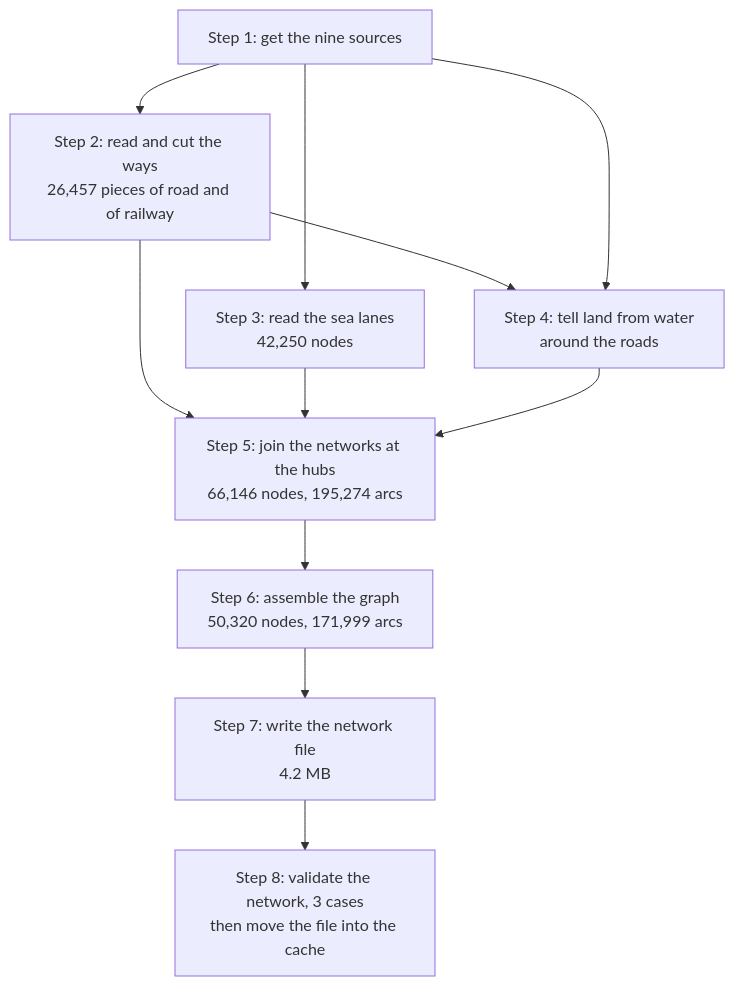
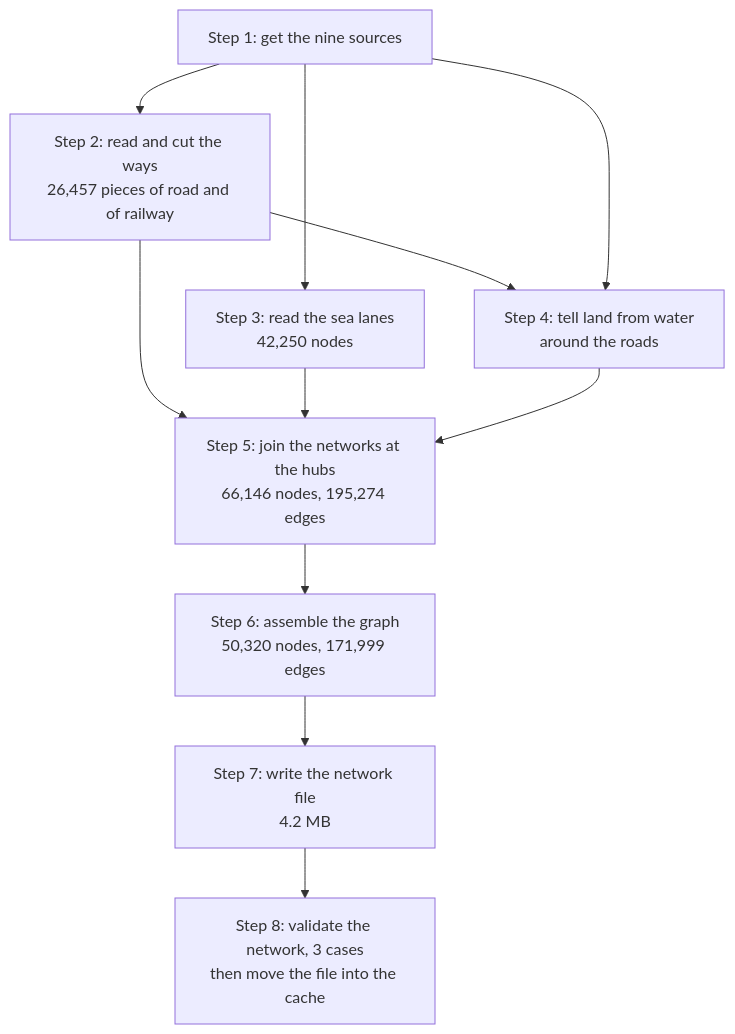
One commit to connor-makowski/scgraph changed the second of 4 diagrams in scgraph/pipelines/README.md. Above: the diagram before and after it, drawn with Mermaid. The commit also changed other lines of this file and 66 other files, not shown here.

````diff
--- a/scgraph/pipelines/README.md
+++ b/scgraph/pipelines/README.md
@@ -138,14 +138,14 @@
 ```mermaid
 flowchart TD
     A["Step 1: get the nine sources"]
     A --> B["Step 2: read and cut the ways<br/>26,457 pieces of road and of railway"]
     A --> C["Step 3: read the sea lanes<br/>42,250 nodes"]
     B --> D["Step 4: tell land from water<br/>around the roads"]
     A --> D
-    B --> E["Step 5: join the networks at the hubs<br/>66,146 nodes, 195,274 arcs"]
+    B --> E["Step 5: join the networks at the hubs<br/>66,146 nodes, 195,274 edges"]
     C --> E
     D --> E
-    E --> F["Step 6: assemble the graph<br/>50,320 nodes, 171,999 arcs"]
+    E --> F["Step 6: assemble the graph<br/>50,320 nodes, 171,999 edges"]
     F --> G["Step 7: write the network file<br/>4.2 MB"]
     G --> H["Step 8: validate the network, 3 cases<br/>then move the file into the cache"]
 ```
````
